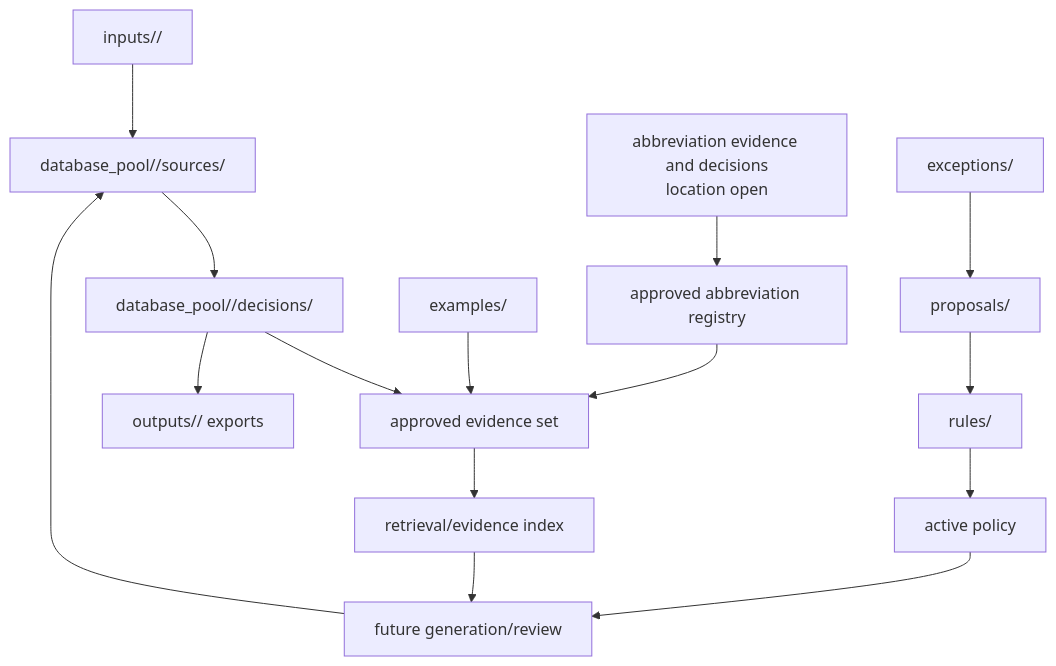
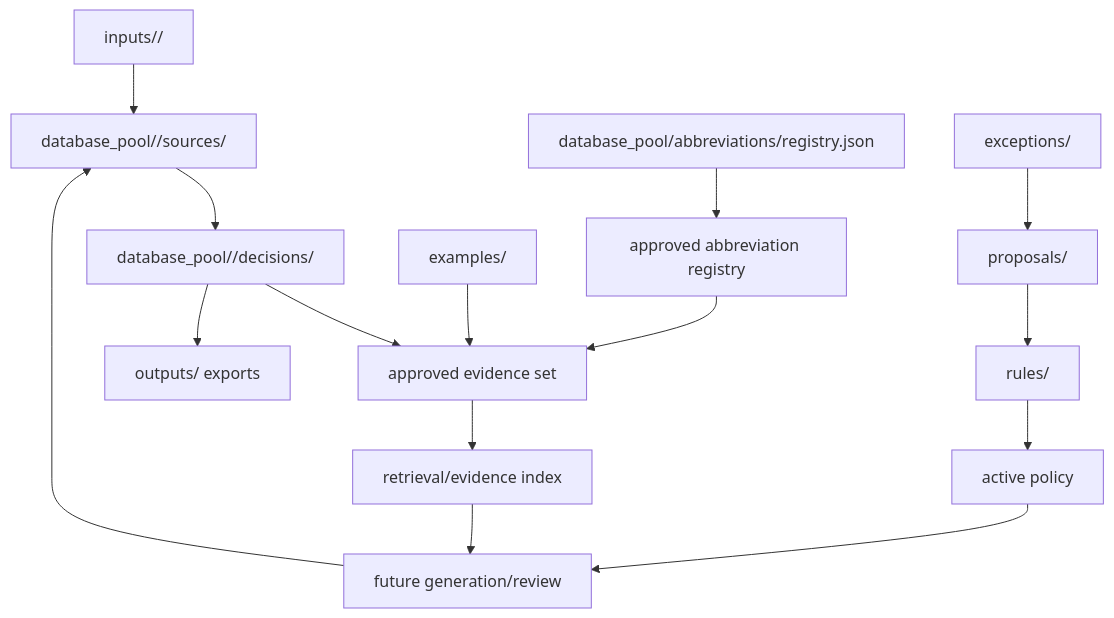
The diagram in plan/arch/target_repository_structure.md (sindarin26/KBSI_4GSR_BEAMLINE_PV_RULE), drawn with Mermaid before and after one commit. The commit also changed other lines of this file and 93 other files, not shown here.

Commit message:
Reset to SEO_V3 database-pool workflow

````diff
--- a/plan/arch/target_repository_structure.md
+++ b/plan/arch/target_repository_structure.md
@@ -103,17 +93,17 @@
 ```mermaid
 flowchart TD
   A[inputs/<pool_id>/] --> B[database_pool/<pool_id>/sources/]
   B --> C[database_pool/<pool_id>/decisions/]
-  D[abbreviation evidence and decisions\nlocation open] --> E[approved abbreviation registry]
+  D[database_pool/abbreviations/registry.json] --> E[approved abbreviation registry]
   C --> F[approved evidence set]
   E --> F
   G[examples/] --> F
   H[rules/] --> I[active policy]
   J[proposals/] --> H
   K[exceptions/] --> J
   F --> L[retrieval/evidence index]
   I --> M[future generation/review]
   L --> M
   M --> B
-  C --> N[outputs/<beamline>/ exports]
+  C --> N[outputs/ exports]
 ```
````
